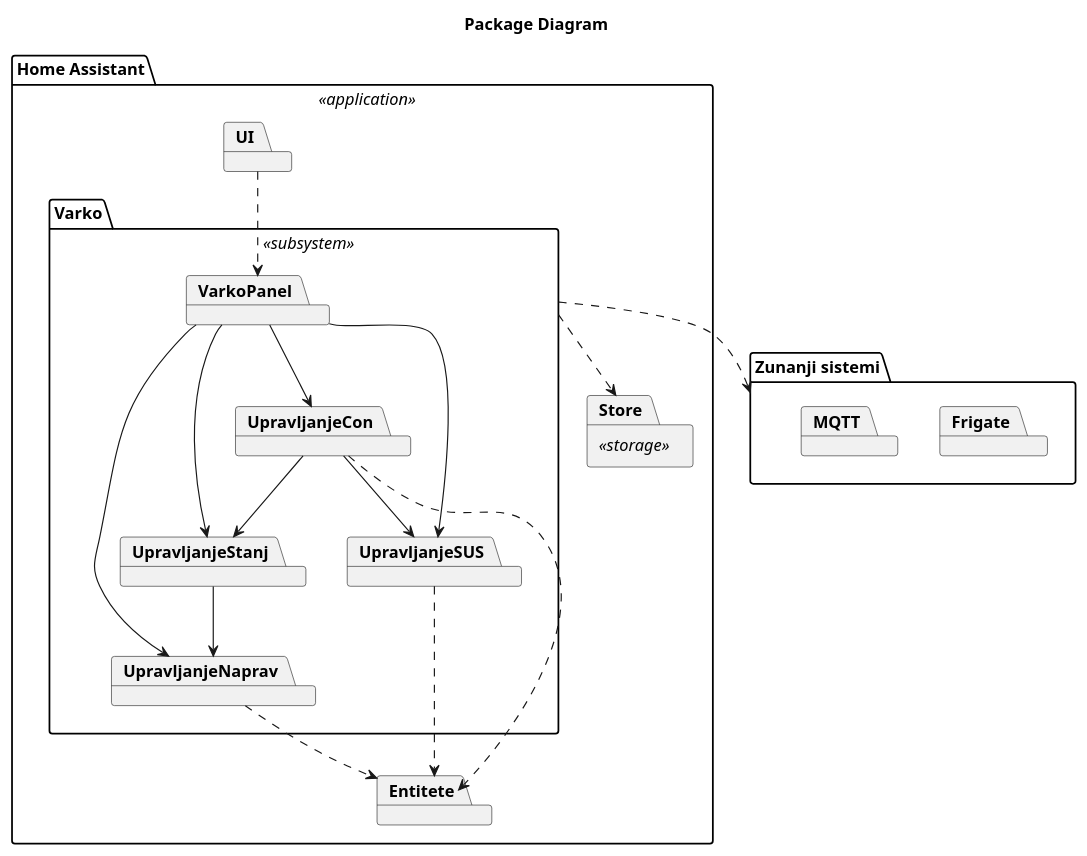
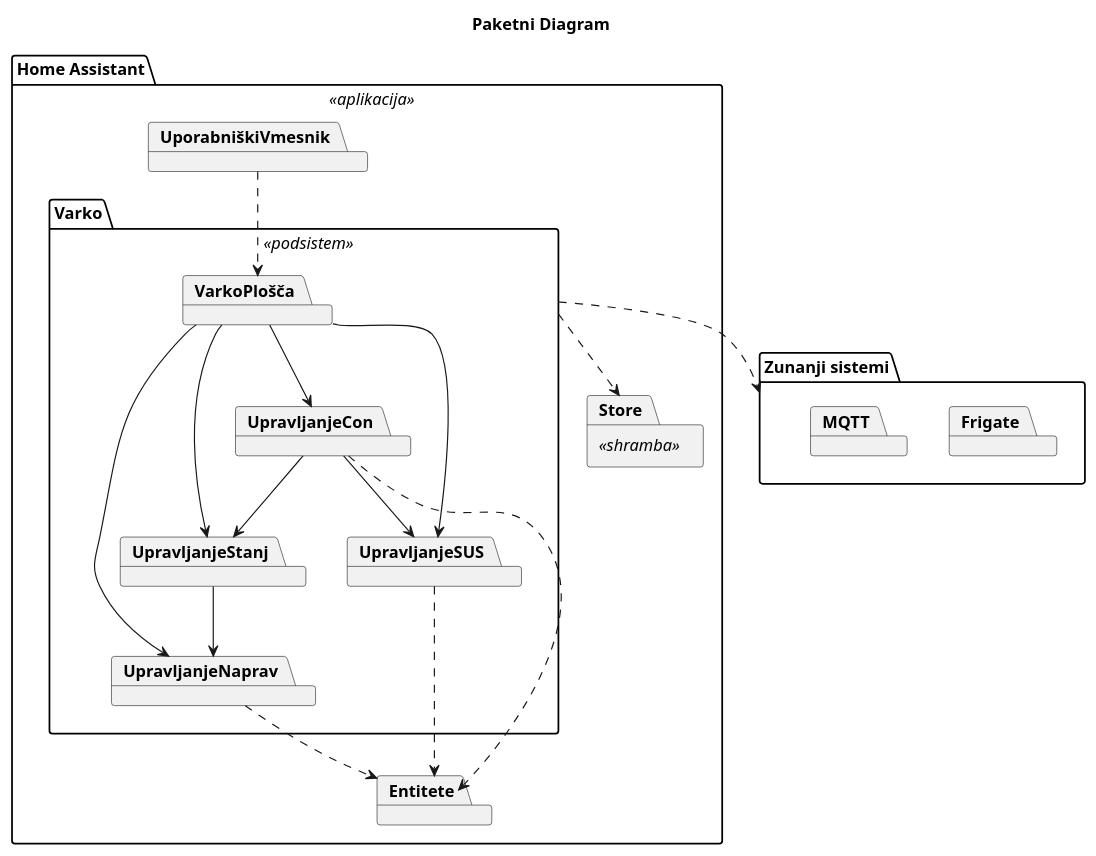
One commit to TPO-2024-2025/Varko changed the diagram in docs/gradivo/plantuml/Izvedljiv sistem/paketni-diagram.puml. Above: the diagram before and after it, drawn with PlantUML.

Commit message:
prevedeno v slovenščino

```diff
--- a/docs/gradivo/plantuml/Izvedljiv sistem/paketni-diagram.puml
+++ b/docs/gradivo/plantuml/Izvedljiv sistem/paketni-diagram.puml
@@ -1,38 +1,38 @@
 @startuml
-title Package Diagram
+title Paketni Diagram
 
-package "Home Assistant" <<application>> {
+package "Home Assistant" <<aplikacija>> {
 
-    package "UI"
-    package "Store" <<storage>>
+    package "UporabniškiVmesnik"
+    package "Store" <<shramba>>
     package "Entitete"
 
-    package "Varko" <<subsystem>> {
-        package "VarkoPanel"
+    package "Varko" <<podsistem>> {
+        package "VarkoPlošča"
         package "UpravljanjeNaprav"
         package "UpravljanjeCon"
         package "UpravljanjeSUS"
         package "UpravljanjeStanj"
     }
 
 }
 
 package "Zunanji sistemi" {
      package "Frigate"
      package "MQTT"
 }
 
-UI .-> VarkoPanel
+UporabniškiVmesnik .-> VarkoPlošča
 Varko .-> "Zunanji sistemi"
 UpravljanjeStanj --> UpravljanjeNaprav
 UpravljanjeCon --> UpravljanjeStanj
 UpravljanjeCon --> UpravljanjeSUS
-VarkoPanel --> UpravljanjeNaprav
-VarkoPanel --> UpravljanjeCon
-VarkoPanel --> UpravljanjeSUS
-VarkoPanel --> UpravljanjeStanj
+VarkoPlošča --> UpravljanjeNaprav
+VarkoPlošča --> UpravljanjeCon
+VarkoPlošča --> UpravljanjeSUS
+VarkoPlošča --> UpravljanjeStanj
 UpravljanjeNaprav .-> Entitete
 UpravljanjeSUS .-> Entitete
 UpravljanjeCon .-> Entitete
 Varko .-> Store
 @enduml
```
